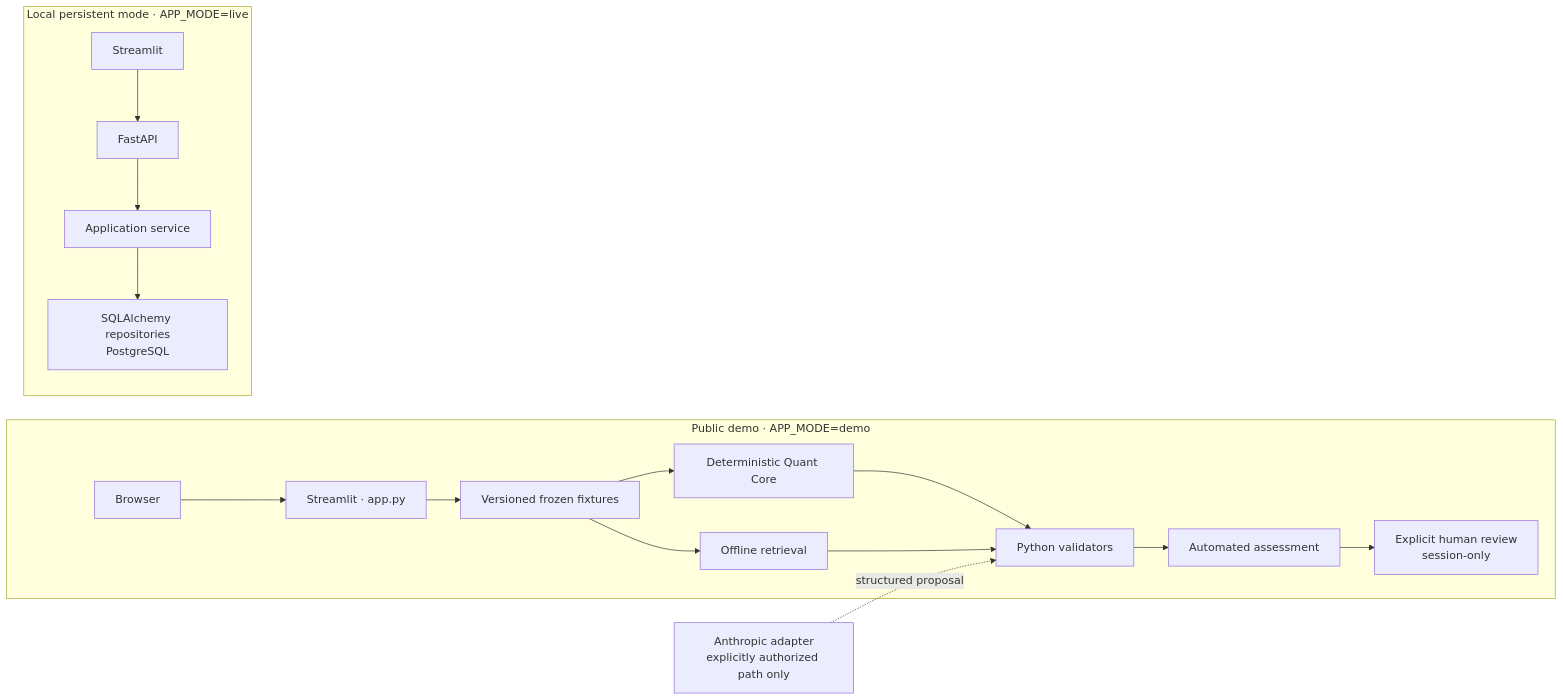
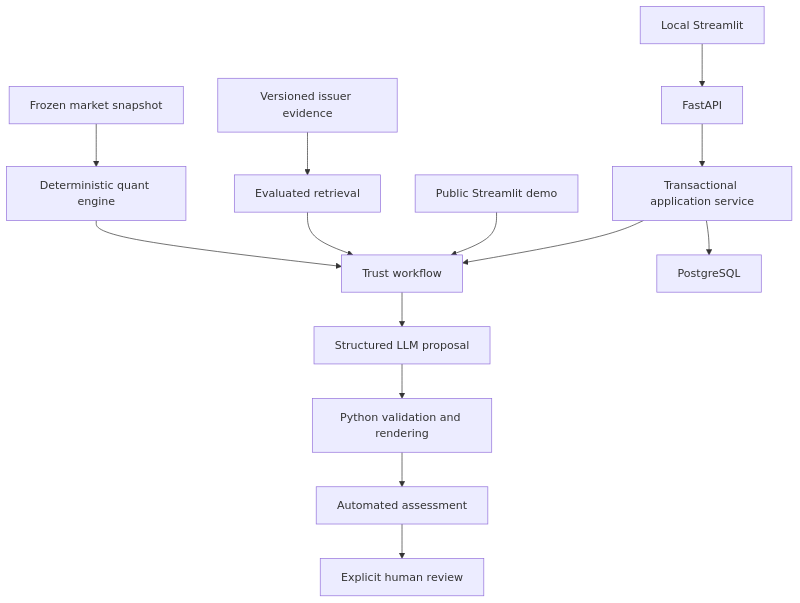
Before and after one commit to EMen11/AI-quant-research-assistant: the diagram in README.md, drawn with Mermaid. The commit also changed other lines of this file, not shown here.

````diff
--- a/README.md
+++ b/README.md
@@ -44,21 +152,17 @@
 ```mermaid
-flowchart LR
-    subgraph Public["Public demo · APP_MODE=demo"]
-        U["Browser"] --> S["Streamlit · app.py"]
-        S --> F["Versioned frozen fixtures"]
-        F --> Q["Deterministic Quant Core"]
-        F --> R["Offline retrieval"]
-        Q --> V["Python validators"]
-        R --> V
-        V --> A["Automated assessment"]
-        A --> H["Explicit human review\nsession-only"]
-    end
+flowchart TD
+    M["Frozen market snapshot"] --> Q["Deterministic quant engine"]
+    D["Versioned issuer evidence"] --> R["Evaluated retrieval"]
+    Q --> W["Trust workflow"]
+    R --> W
+    W --> L["Structured LLM proposal"]
+    L --> V["Python validation and rendering"]
+    V --> A["Automated assessment"]
+    A --> H["Explicit human review"]
 
-    subgraph Local["Local persistent mode · APP_MODE=live"]
-        LS["Streamlit"] --> API["FastAPI"]
-        API --> SV["Application service"]
-        SV --> DB["SQLAlchemy repositories\nPostgreSQL"]
-    end
-
-    LLM["Anthropic adapter\nexplicitly authorized path only"] -. "structured proposal" .-> V
+    PD["Public Streamlit demo"] --> W
+    LS["Local Streamlit"] --> API["FastAPI"]
+    API --> S["Transactional application service"]
+    S --> W
+    S --> DB["PostgreSQL"]
 ```
````
